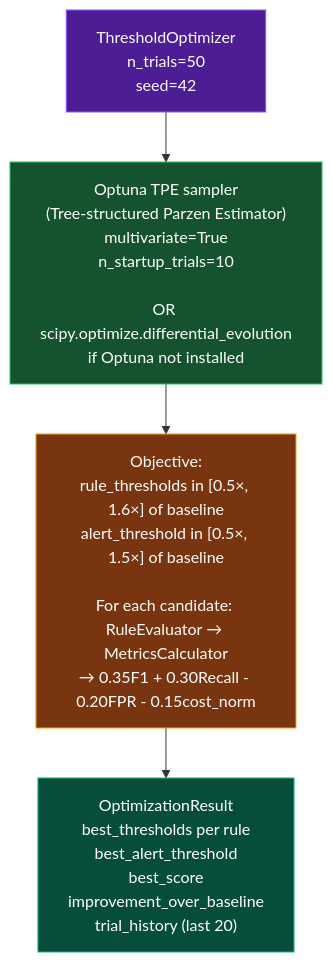
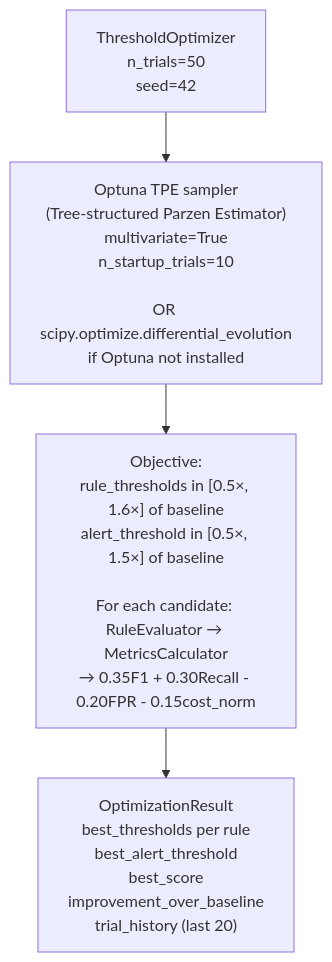
Before and after one commit to gregorizeidler/AML-multiverse-simulator: diagram 11 of 23 in README.md, drawn with Mermaid. The commit also changed other lines of this file, not shown here.

Commit message:
fix: remove all custom mermaid style directives incompatible with GitHub renderer

````diff
--- a/README.md
+++ b/README.md
@@ -956,12 +905,8 @@
 ```mermaid
 flowchart TD
-    style O fill:#4c1d95,stroke:#8b5cf6,color:#fff
-    style T fill:#14532d,stroke:#22c55e,color:#fff
-    style F fill:#78350f,stroke:#f59e0b,color:#fff
-    style R fill:#064e3b,stroke:#10b981,color:#fff
 
     O["ThresholdOptimizer\nn_trials=50\nseed=42"] --> T
     T["Optuna TPE sampler\n(Tree-structured Parzen Estimator)\nmultivariate=True\nn_startup_trials=10\n\nOR scipy.optimize.differential_evolution\nif Optuna not installed"] --> F
     F["Objective:\nrule_thresholds in [0.5×, 1.6×] of baseline\nalert_threshold in [0.5×, 1.5×] of baseline\n\nFor each candidate: RuleEvaluator → MetricsCalculator\n→ 0.35F1 + 0.30Recall - 0.20FPR - 0.15cost_norm"] --> R
     R["OptimizationResult\nbest_thresholds per rule\nbest_alert_threshold\nbest_score\nimprovement_over_baseline\ntrial_history (last 20)"]
 ```
````
